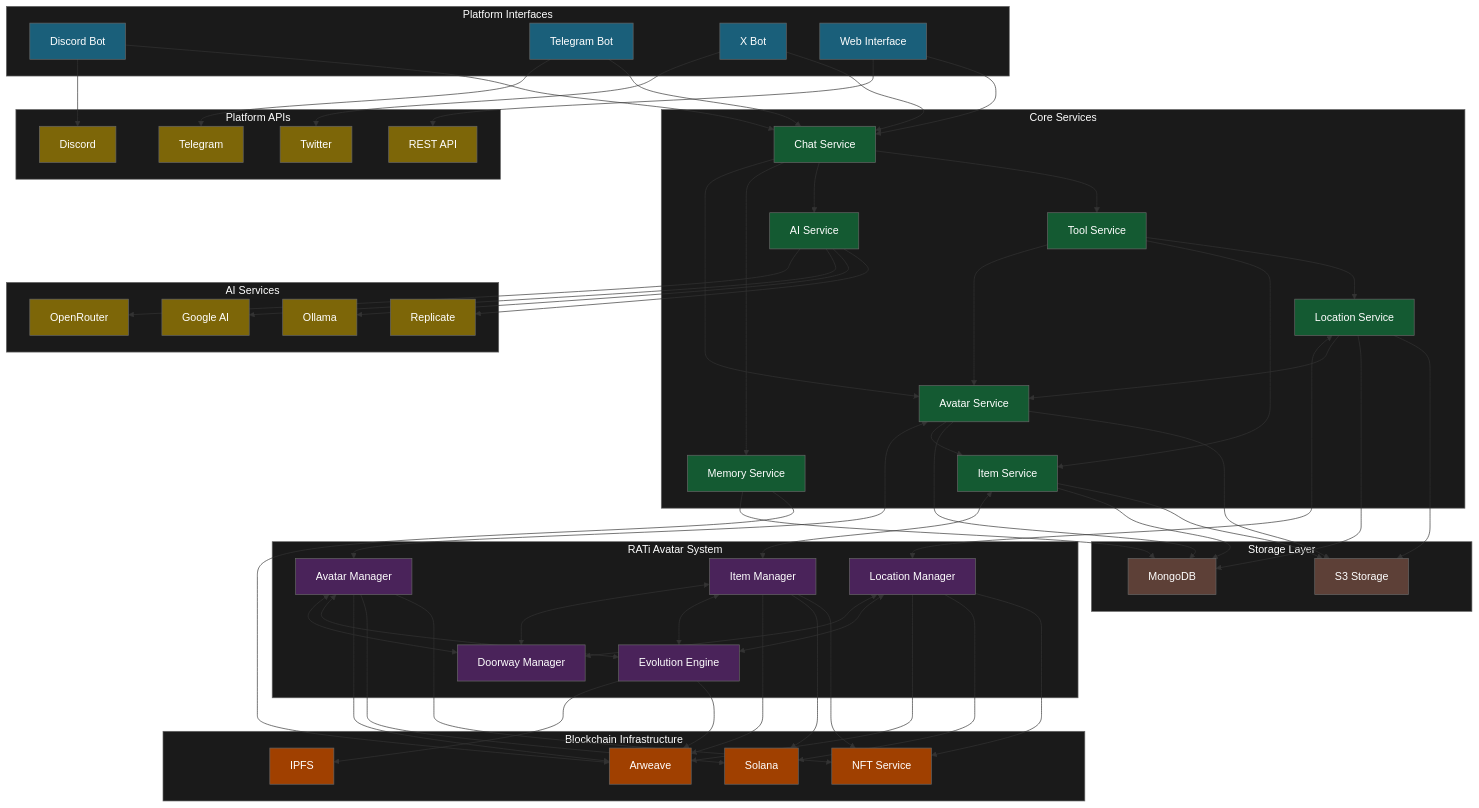
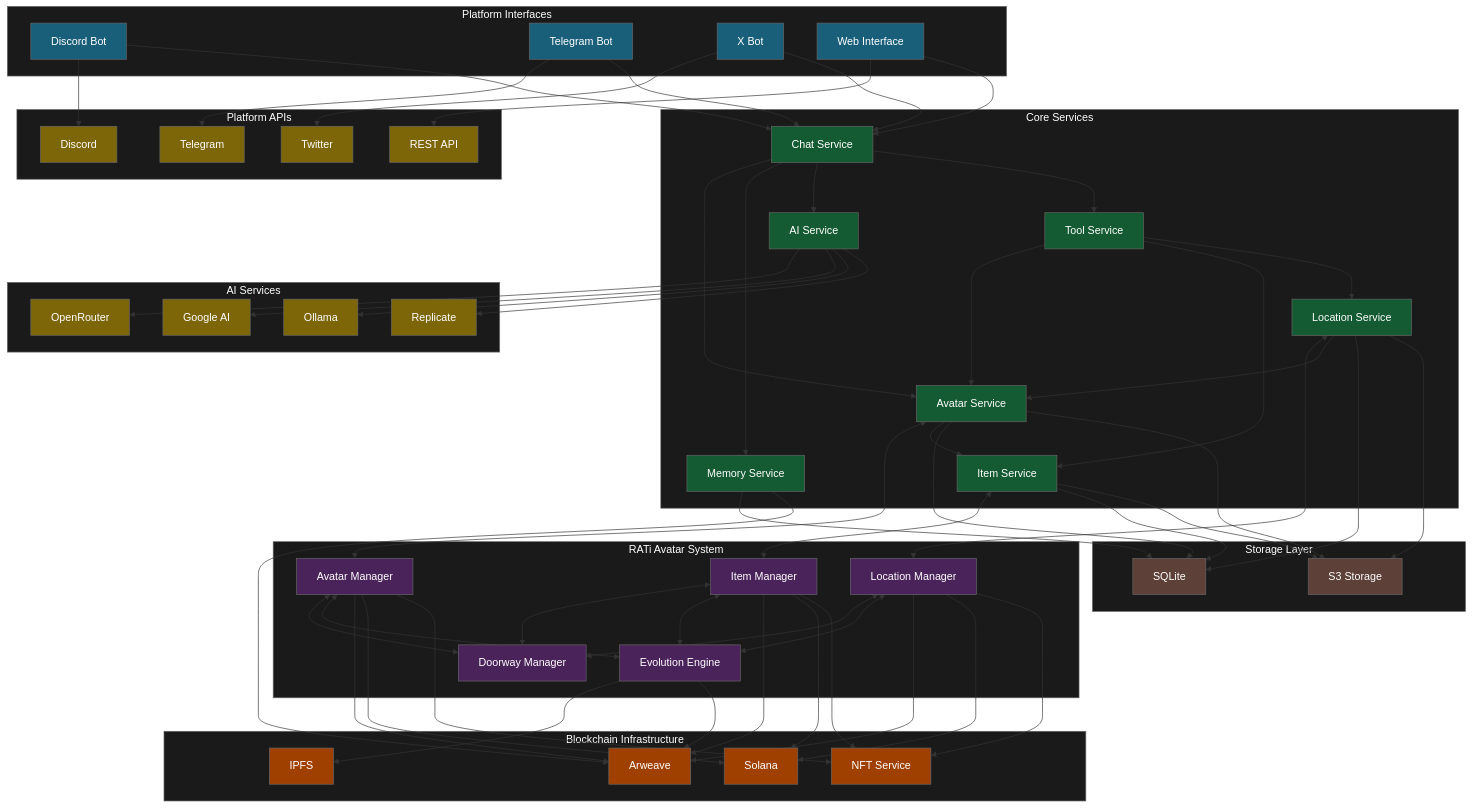
Before and after one commit to cenetex/cosyworld: the first of 3 diagrams in docs/overview/03-system-diagram.md, drawn with Mermaid. The commit also changed 103 other files, not shown here.

```diff
--- a/docs/overview/03-system-diagram.md
+++ b/docs/overview/03-system-diagram.md
@@ -41,7 +41,7 @@
     end
     
     subgraph SL["Storage Layer"]
-        MONGO["MongoDB"]
+        SQLITE["SQLite"]
         S3["S3 Storage"]
     end
     
@@ -102,10 +102,10 @@
     AIS --> REP
     
     %% Storage connections
-    AS --> MONGO
-    IS --> MONGO
-    LS --> MONGO
-    MS --> MONGO
+    AS --> SQLITE
+    IS --> SQLITE
+    LS --> SQLITE
+    MS --> SQLITE
     
     AS --> S3
     IS --> S3
@@ -140,7 +140,7 @@
     class DS,TB,XB,WI blue
     class CHAT,AS,IS,LS,MS,AIS,TS green
     class AM,IM,LM,DW,EV purple
-    class MONGO,S3 brown
+    class SQLITE,S3 brown
     class ARW,SOL,IPFS,NFT orange
     class DISCORD,TG,X,WEB,OR,GAI,OL,REP gold
     
```
